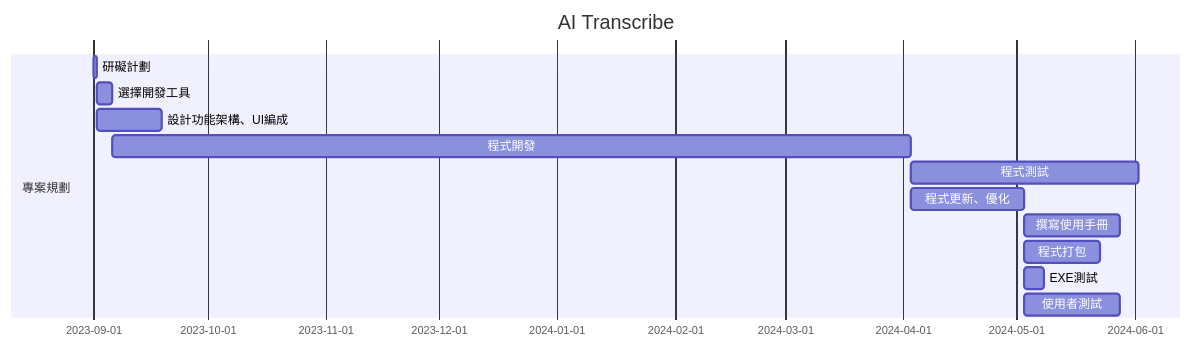
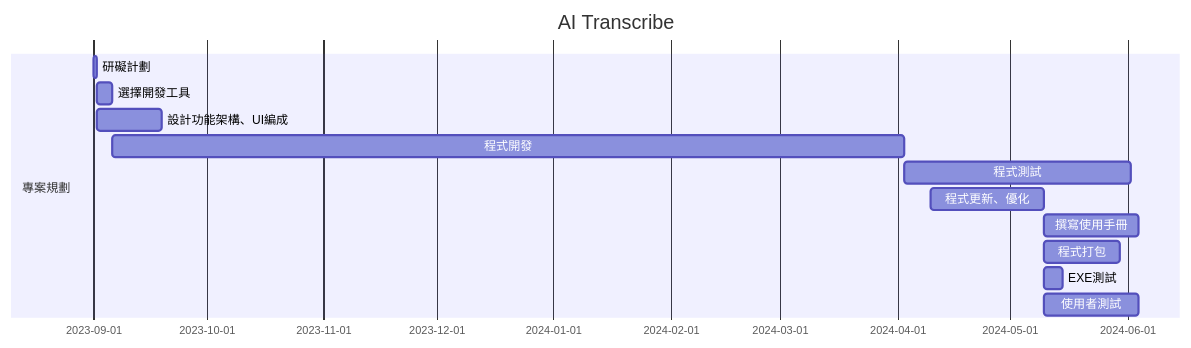
One commit to MITC110118132/23a changed the third of 4 diagrams in hw2.md. Above: the diagram before and after it, drawn with Mermaid.

````diff
--- a/hw2.md
+++ b/hw2.md
@@ -34,16 +34,16 @@
 ```mermaid
 gantt
     title AI Transcribe
 
     section 專案規劃
     研礙計劃           :a1, 2023-09-01, 1d
     選擇開發工具           :a2, after a1  , 4d
     設計功能架構、UI編成           :a3, after a1  , 17d
     程式開發           :a4, after a2  , 210d
     程式測試           :a5, after a4  , 60d
-    程式更新、優化           :a6, after a4  , 30d
+    程式更新、優化           :a6, 2024-04-10  , 30d
     撰寫使用手冊        :a7, after a6  , 25d
     程式打包           :a8, after a6  , 20d
     EXE測試           :a9, after a6  , 5d
     使用者測試         :a10, after a6  , 25d
 ```
````
